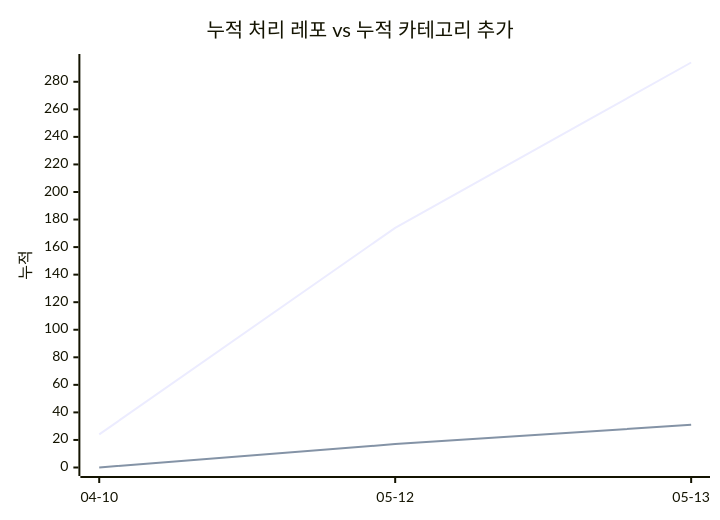
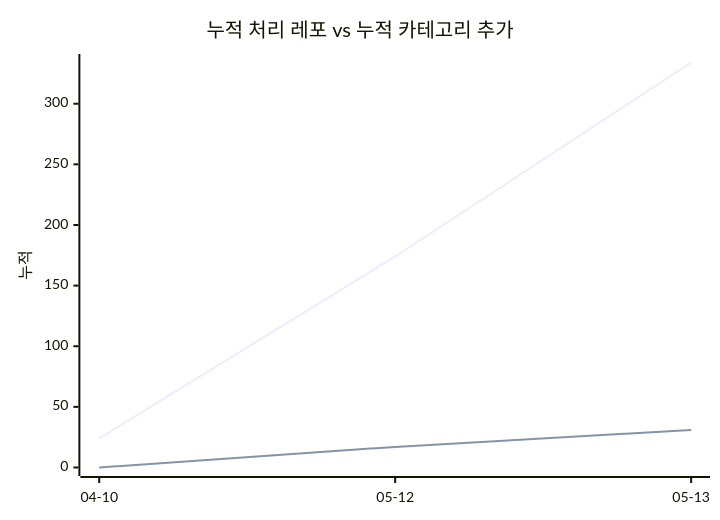
Before and after one commit to J-nowcow/awesome-korean-agent-skills: the second of 2 diagrams in docs/trends.md, drawn with Mermaid. The commit also changed other lines of this file and 2 other files, not shown here.

````diff
--- a/docs/trends.md
+++ b/docs/trends.md
@@ -57,8 +57,8 @@
 ```mermaid
 xychart-beta
     title "누적 처리 레포 vs 누적 카테고리 추가"
     x-axis ["04-10","05-12","05-13"]
     y-axis "누적"
-    line [24,174,294]
+    line [24,174,334]
     line [0,17,31]
 ```
````
